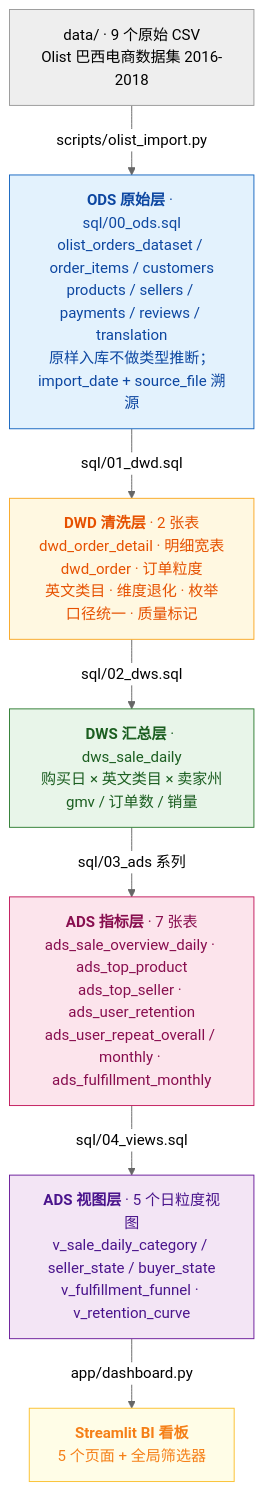
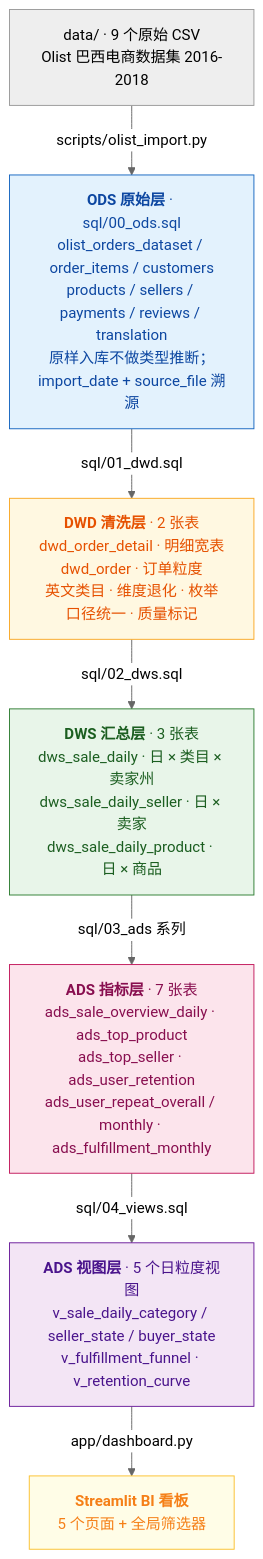
One commit to JunYe813/EtlTool changed the diagram in README.md. Above: the diagram before and after it, drawn with Mermaid (neutral theme). The commit also changed other lines of this file and 6 other files, not shown here.

````diff
--- a/README.md
+++ b/README.md
@@ -13,42 +13,42 @@
 ```mermaid
 flowchart TD
     CSV["data/ · 9 个原始 CSV<br/>Olist 巴西电商数据集 2016-2018"]
 
     CSV -->|scripts/olist_import.py| ODS
 
     ODS["<b>ODS 原始层</b> · sql/00_ods.sql<br/>olist_orders_dataset / order_items / customers<br/>products / sellers / payments / reviews / translation<br/>原样入库不做类型推断；import_date + source_file 溯源"]
 
     ODS -->|sql/01_dwd.sql| DWD
 
     DWD["<b>DWD 清洗层</b> · 2 张表<br/>dwd_order_detail · 明细宽表<br/>dwd_order · 订单粒度<br/>英文类目 · 维度退化 · 枚举口径统一 · 质量标记"]
 
     DWD -->|sql/02_dws.sql| DWS
 
-    DWS["<b>DWS 汇总层</b> · dws_sale_daily<br/>购买日 × 英文类目 × 卖家州<br/>gmv / 订单数 / 销量"]
+    DWS["<b>DWS 汇总层</b> · 3 张表<br/>dws_sale_daily · 日 × 类目 × 卖家州<br/>dws_sale_daily_seller · 日 × 卖家<br/>dws_sale_daily_product · 日 × 商品"]
 
     DWS -->|sql/03_ads 系列| ADS
 
     ADS["<b>ADS 指标层</b> · 7 张表<br/>ads_sale_overview_daily · ads_top_product<br/>ads_top_seller · ads_user_retention<br/>ads_user_repeat_overall / monthly · ads_fulfillment_monthly"]
 
     ADS -->|sql/04_views.sql| VIEWS
 
     VIEWS["<b>ADS 视图层</b> · 5 个日粒度视图<br/>v_sale_daily_category / seller_state / buyer_state<br/>v_fulfillment_funnel · v_retention_curve"]
 
     VIEWS -->|app/dashboard.py| BI
 
     BI["<b>Streamlit BI 看板</b><br/>5 个页面 + 全局筛选器"]
 
     classDef ods fill:#e3f2fd,stroke:#1565c0,color:#0d47a1
     classDef dwd fill:#fff8e1,stroke:#f9a825,color:#e65100
     classDef dws fill:#e8f5e9,stroke:#2e7d32,color:#1b5e20
     classDef ads fill:#fce4ec,stroke:#c2185b,color:#880e4f
     classDef vw fill:#f3e5f5,stroke:#6a1b9a,color:#4a148c
     classDef bi fill:#fffde7,stroke:#fbc02d,color:#f57f17
 
     class ODS ods
     class DWD dwd
     class DWS dws
     class ADS ads
     class VIEWS vw
     class BI bi
 ```
````
